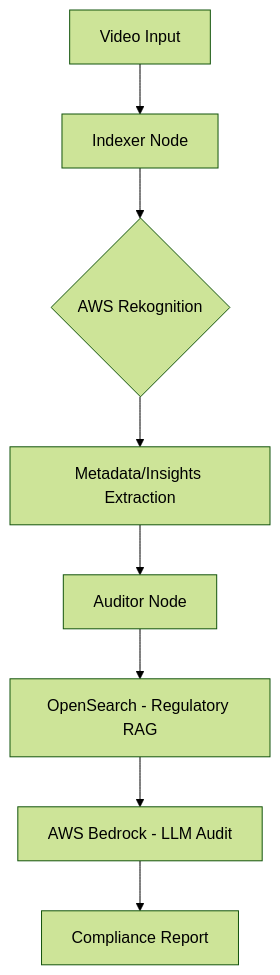
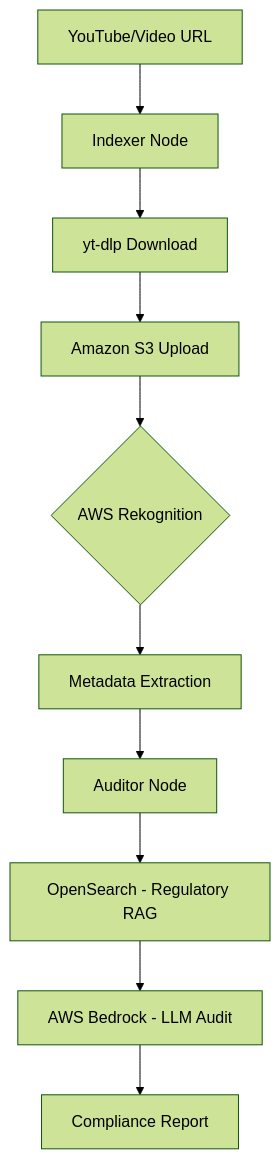
The diagram in README.md (ankushsingh003/BotoCop---RAG---YoutubeVid-Compliance), drawn with Mermaid (forest theme) before and after one commit. The commit also changed other lines of this file and 1 other file, not shown here.

Commit message:
Refine VideoIndexerService for AWS, improve YouTube integration, and update README

````diff
--- a/README.md
+++ b/README.md
@@ -18,10 +32,12 @@
 ```mermaid
 graph TD
-    A[Video Input] --> B[Indexer Node]
-    B --> C{AWS Rekognition}
-    C --> D[Metadata/Insights Extraction]
-    D --> E[Auditor Node]
-    E --> F[OpenSearch - Regulatory RAG]
-    F --> G[AWS Bedrock - LLM Audit]
-    G --> H[Compliance Report]
+    A[YouTube/Video URL] --> B[Indexer Node]
+    B --> C[yt-dlp Download]
+    C --> D[Amazon S3 Upload]
+    D --> E{AWS Rekognition}
+    E --> F[Metadata Extraction]
+    F --> G[Auditor Node]
+    G --> H[OpenSearch - Regulatory RAG]
+    H --> I[AWS Bedrock - LLM Audit]
+    I --> J[Compliance Report]
 ```
````
